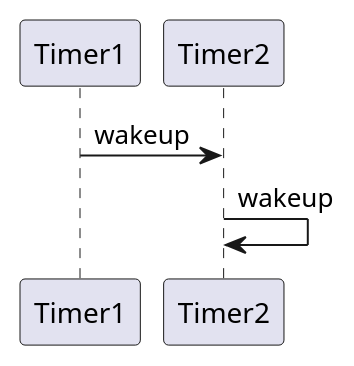
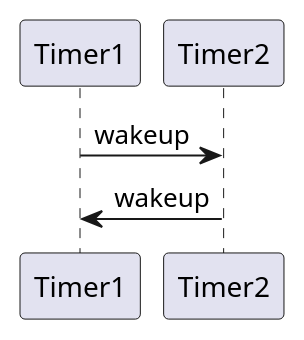
The diagram in diagram.puml (dkgoody/dtimer), drawn with PlantUML before and after one commit.

```diff
--- a/diagram.puml
+++ b/diagram.puml
@@ -1,4 +1,4 @@
 @startuml
 Timer1 -> Timer2 : wakeup
-Timer2 -> Timer2 : wakeup
+Timer2 -> Timer1 : wakeup
 @enduml
```
